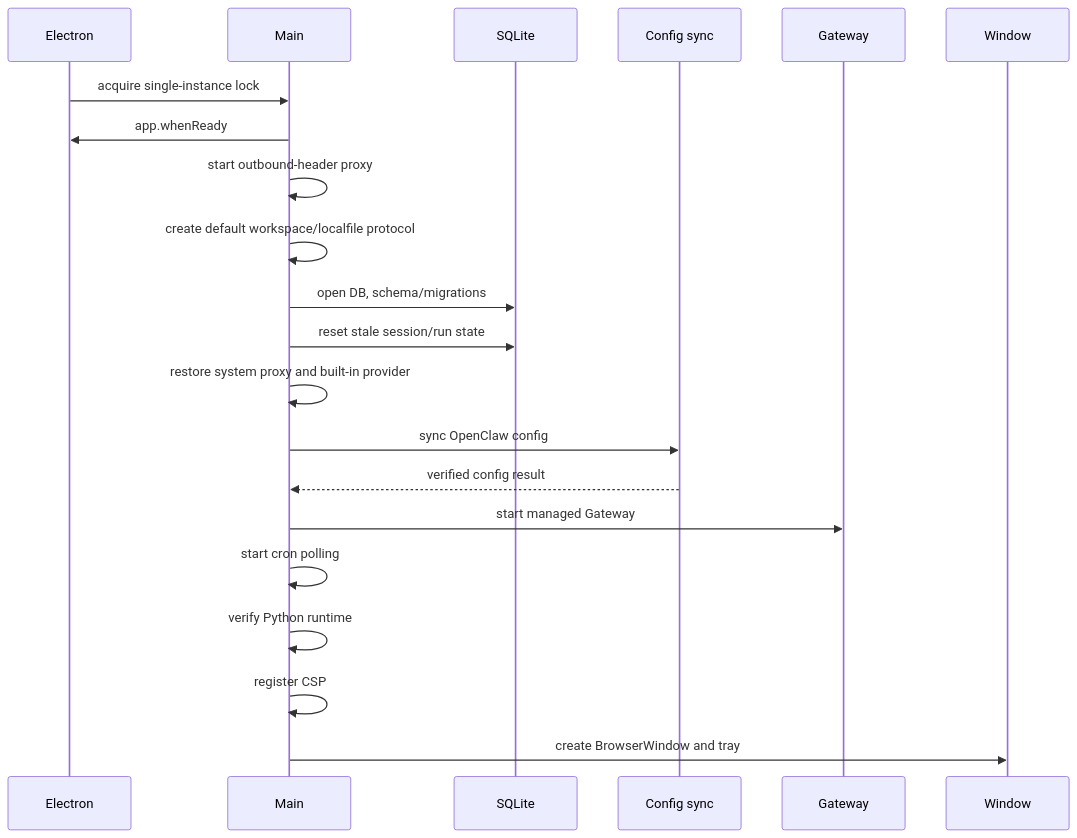
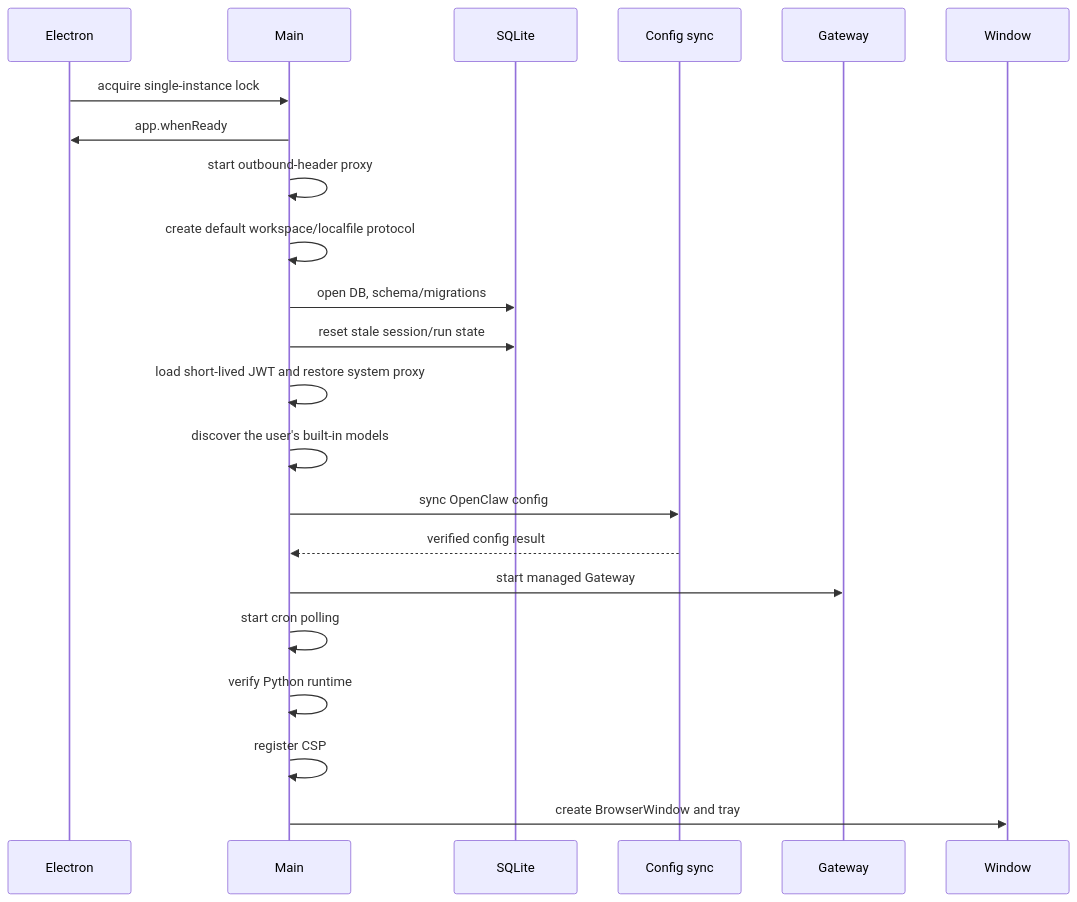
Before and after one commit to liangxhao/JustDo: the third of 3 diagrams in docs/architecture/02-architecture.md, drawn with Mermaid. The commit also changed other lines of this file and 36 other files, not shown here.

Commit message:
feat(security): authenticate LiteLLM with short-lived JWTs

````diff
--- a/docs/architecture/02-architecture.md
+++ b/docs/architecture/02-architecture.md
@@ -129,23 +129,24 @@
 ```mermaid
 sequenceDiagram
   participant E as Electron
   participant M as Main
   participant D as SQLite
   participant C as Config sync
   participant G as Gateway
   participant W as Window
   E->>M: acquire single-instance lock
   M->>E: app.whenReady
   M->>M: start outbound-header proxy
   M->>M: create default workspace/localfile protocol
   M->>D: open DB, schema/migrations
   M->>D: reset stale session/run state
-  M->>M: restore system proxy and built-in provider
+  M->>M: load short-lived JWT and restore system proxy
+  M->>M: discover the user's built-in models
   M->>C: sync OpenClaw config
   C-->>M: verified config result
   M->>G: start managed Gateway
   M->>M: start cron polling
   M->>M: verify Python runtime
   M->>M: register CSP
   M->>W: create BrowserWindow and tray
 ```
````
